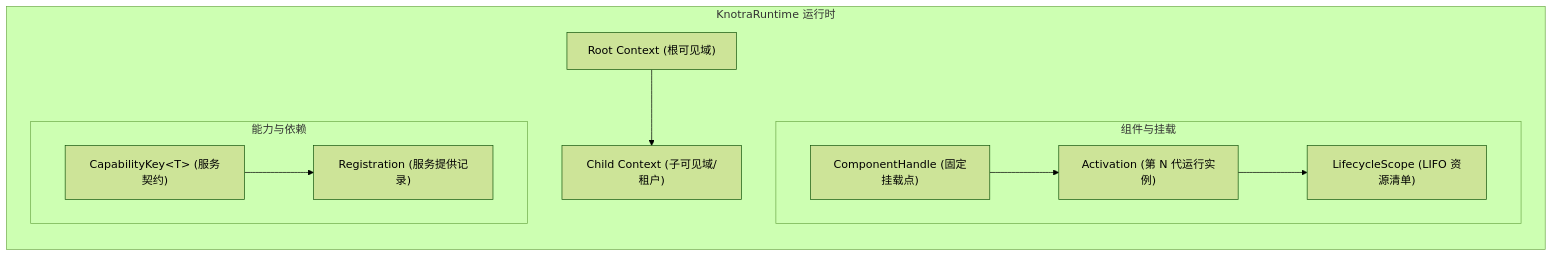
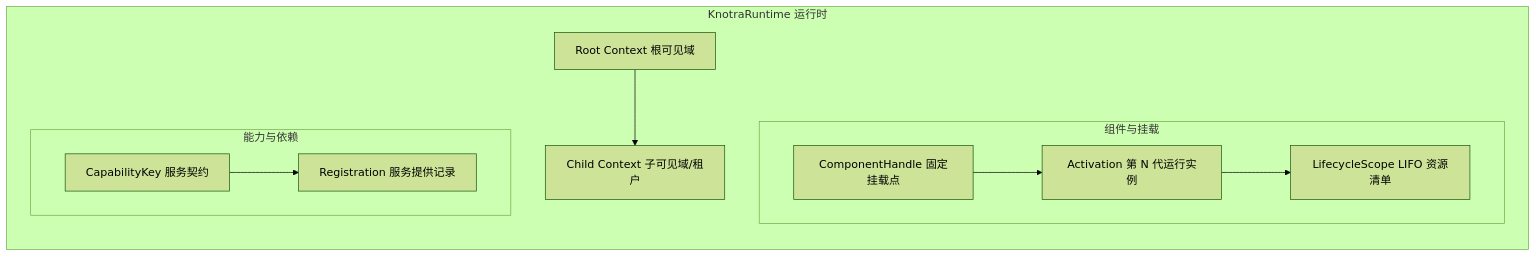
One commit to fjay/knotra changed the first of 5 diagrams in docs/Knotra API 与集成指南.md. Above: the diagram before and after it, drawn with Mermaid (forest theme). The commit also changed other lines of this file and 7 other files, not shown here.

Commit message:
docs: 修复 Mermaid 图表语法并清理所有 emoji 表情

````diff
--- a/docs/Knotra API 与集成指南.md
+++ b/docs/Knotra API 与集成指南.md
@@ -11,23 +11,23 @@
 ```mermaid
 graph TB
-    subgraph KnotraRuntime 运行时
+    subgraph knotra_runtime ["KnotraRuntime 运行时"]
         direction TB
-        RootContext["Root Context (根可见域)"]
-        ChildContext["Child Context (子可见域/租户)"]
+        RootContext["Root Context 根可见域"]
+        ChildContext["Child Context 子可见域/租户"]
         RootContext --> ChildContext
 
-        subgraph 组件与挂载
-            Handle["ComponentHandle (固定挂载点)"]
-            Activation["Activation (第 N 代运行实例)"]
-            Scope["LifecycleScope (LIFO 资源清单)"]
+        subgraph sub_comp ["组件与挂载"]
+            Handle["ComponentHandle 固定挂载点"]
+            Activation["Activation 第 N 代运行实例"]
+            Scope["LifecycleScope LIFO 资源清单"]
             Handle --> Activation
             Activation --> Scope
         end
 
-        subgraph 能力与依赖
-            CapKey["CapabilityKey&lt;T&gt; (服务契约)"]
-            Reg["Registration (服务提供记录)"]
+        subgraph sub_cap ["能力与依赖"]
+            CapKey["CapabilityKey 服务契约"]
+            Reg["Registration 服务提供记录"]
             CapKey --> Reg
         end
     end
 ```
````
